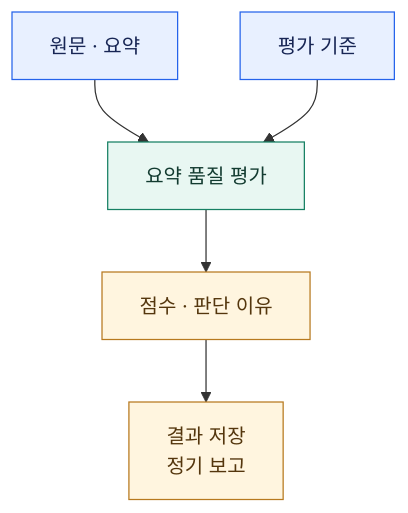
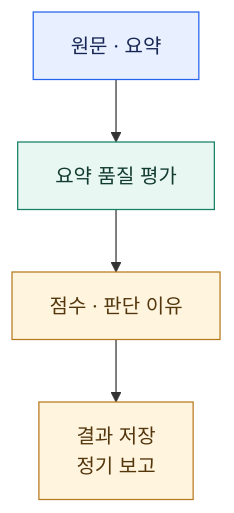
The third of 9 diagrams in README.md (SJayKim/SJayKim), drawn with Mermaid before and after one commit. The commit also changed other lines of this file, not shown here.

Commit message:
docs: balance all project summaries and diagrams

````diff
--- a/README.md
+++ b/README.md
@@ -84,14 +89,13 @@
 ```mermaid
 flowchart TB
     TEXT["원문 · 요약"] --> EVAL["요약 품질 평가"]
-    RULES["평가 기준"] --> EVAL
     EVAL --> RESULT["점수 · 판단 이유"]
     RESULT --> REPORT["결과 저장<br/>정기 보고"]
 
     classDef input fill:#e8f0ff,stroke:#2563eb,color:#172554
     classDef work fill:#e8f7f2,stroke:#168063,color:#123b30
     classDef result fill:#fff5df,stroke:#b7791f,color:#54360d
-    class TEXT,RULES input
+    class TEXT input
     class EVAL work
     class RESULT,REPORT result
 ```
````
